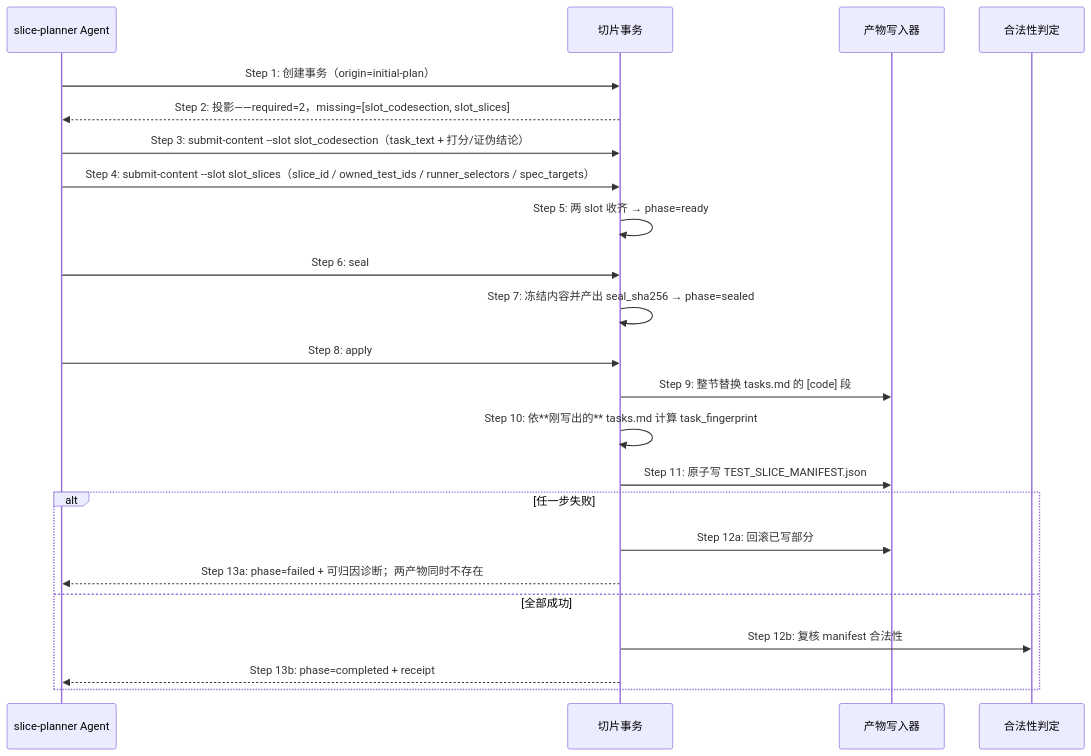
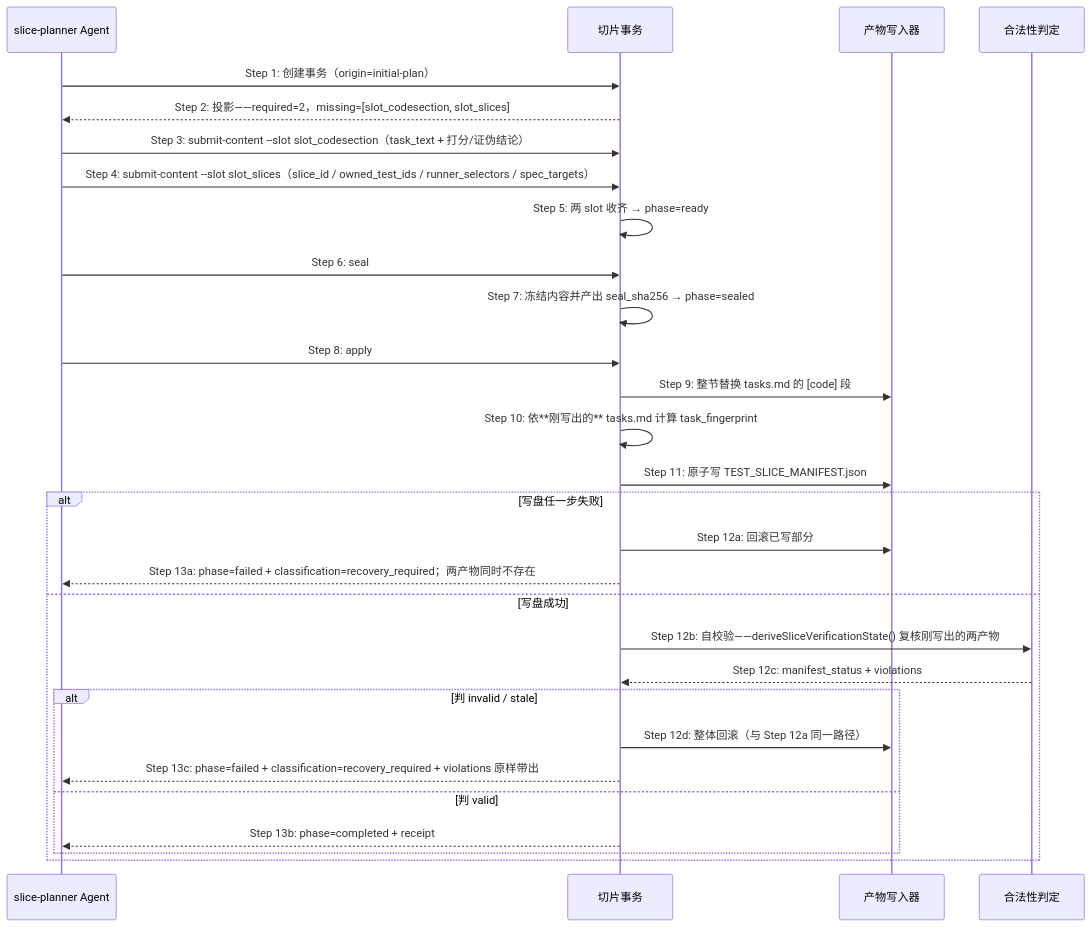
One commit to miniidealab/openlogos changed the fourth of 4 diagrams in logos/resources/prd/3-technical-plan/2-scenario-implementation/core-S32-slice-planning.md. Above: the diagram before and after it, drawn with Mermaid. The commit also changed other lines of this file and 11 other files, not shown here.

First line of the commit message:
docs(fix-slice-transaction-apply-validation-and-terminal-recovery): merge spec deltas

````diff
--- a/logos/resources/prd/3-technical-plan/2-scenario-implementation/core-S32-slice-planning.md
+++ b/logos/resources/prd/3-technical-plan/2-scenario-implementation/core-S32-slice-planning.md
@@ -247,26 +248,32 @@
 ```mermaid
 sequenceDiagram
     participant A as slice-planner Agent
     participant T as 切片事务
     participant W as 产物写入器
     participant V as 合法性判定
 
     A->>T: Step 1: 创建事务（origin=initial-plan）
     T-->>A: Step 2: 投影——required=2，missing=[slot_codesection, slot_slices]
     A->>T: Step 3: submit-content --slot slot_codesection（task_text + 打分/证伪结论）
     A->>T: Step 4: submit-content --slot slot_slices（slice_id / owned_test_ids / runner_selectors / spec_targets）
     T->>T: Step 5: 两 slot 收齐 → phase=ready
     A->>T: Step 6: seal
     T->>T: Step 7: 冻结内容并产出 seal_sha256 → phase=sealed
     A->>T: Step 8: apply
     T->>W: Step 9: 整节替换 tasks.md 的 [code] 段
     T->>T: Step 10: 依**刚写出的** tasks.md 计算 task_fingerprint
     T->>W: Step 11: 原子写 TEST_SLICE_MANIFEST.json
-    alt 任一步失败
+    alt 写盘任一步失败
         T->>W: Step 12a: 回滚已写部分
-        T-->>A: Step 13a: phase=failed + 可归因诊断；两产物同时不存在
-    else 全部成功
-        T->>V: Step 12b: 复核 manifest 合法性
-        T-->>A: Step 13b: phase=completed + receipt
+        T-->>A: Step 13a: phase=failed + classification=recovery_required；两产物同时不存在
+    else 写盘成功
+        T->>V: Step 12b: 自校验——deriveSliceVerificationState() 复核刚写出的两产物
+        V-->>T: Step 12c: manifest_status + violations
+        alt 判 invalid / stale
+            T->>W: Step 12d: 整体回滚（与 Step 12a 同一路径）
+            T-->>A: Step 13c: phase=failed + classification=recovery_required + violations 原样带出
+        else 判 valid
+            T-->>A: Step 13b: phase=completed + receipt
+        end
     end
 ```
````
